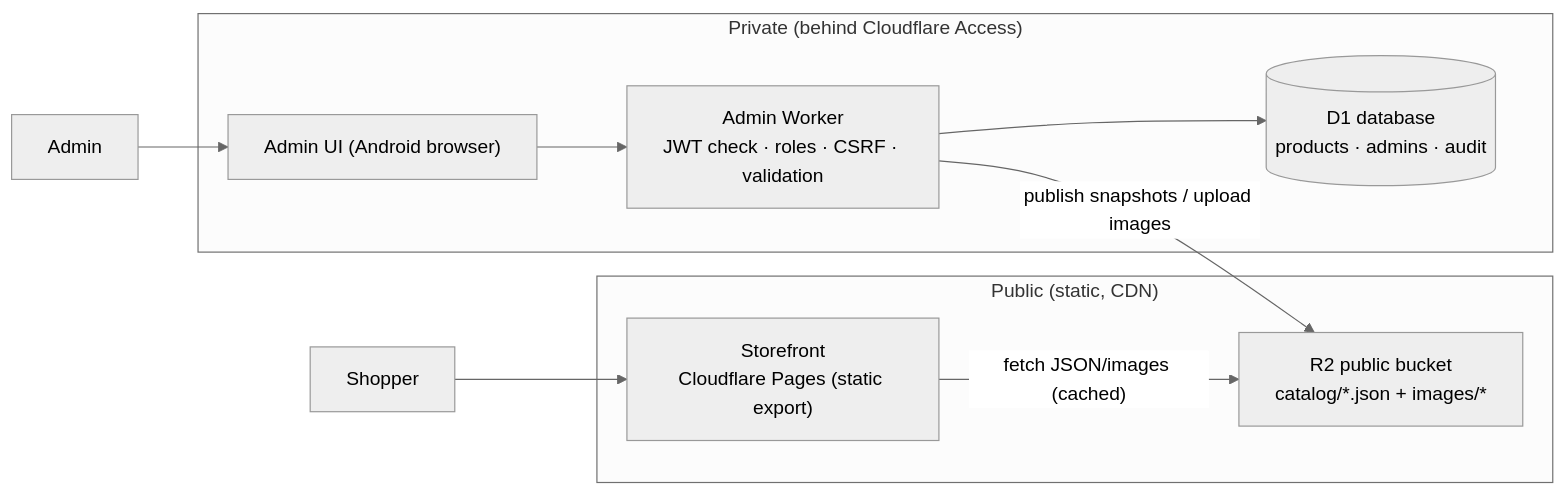
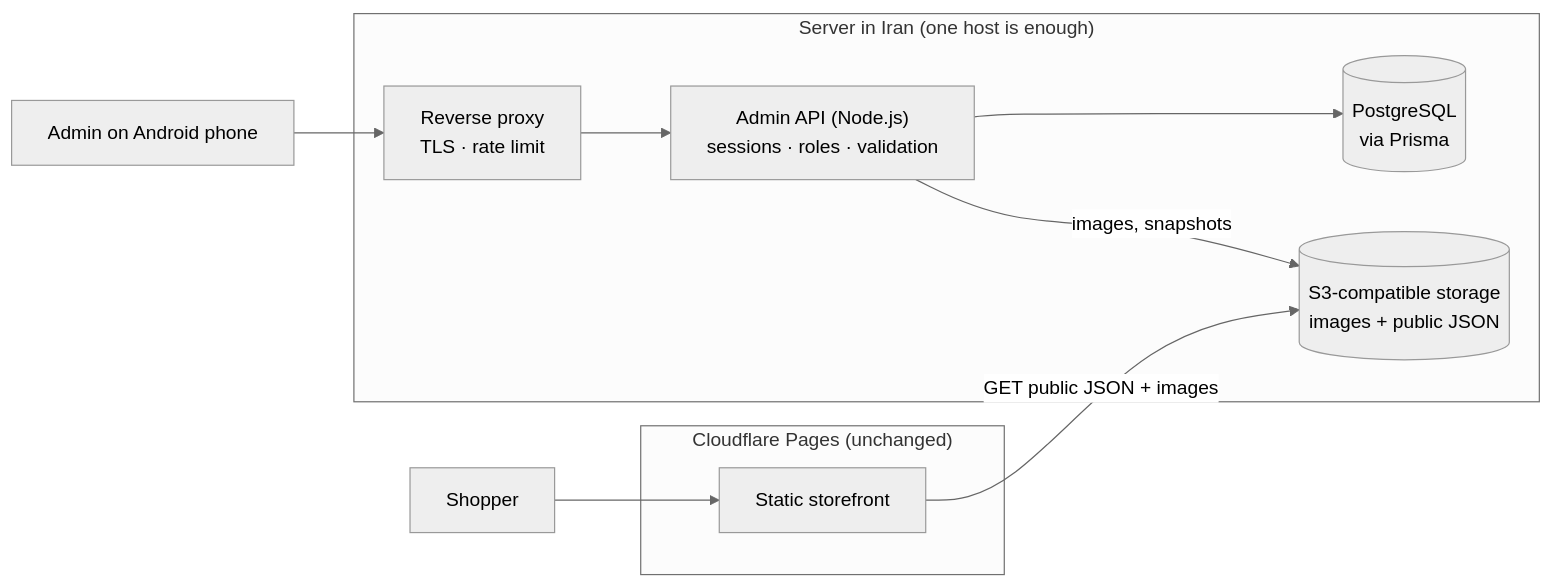
One commit to mehdihassanpourd-droid/jaryan-ma changed the diagram in docs/admin/ARCHITECTURE.md. Above: the diagram before and after it, drawn with Mermaid (neutral theme). The commit also changed other lines of this file and 77 other files, not shown here.

````diff
--- a/docs/admin/ARCHITECTURE.md
+++ b/docs/admin/ARCHITECTURE.md
@@ -38,17 +20,17 @@
 ```mermaid
 flowchart LR
-  subgraph Public["Public (static, CDN)"]
-    SF["Storefront<br/>Cloudflare Pages (static export)"]
-    PUB["R2 public bucket<br/>catalog/*.json + images/*"]
+  subgraph CF["Cloudflare Pages (unchanged)"]
+    SF["Static storefront"]
   end
-  subgraph Private["Private (behind Cloudflare Access)"]
-    UI["Admin UI (Android browser)"]
-    W["Admin Worker<br/>JWT check · roles · CSRF · validation"]
-    D1[("D1 database<br/>products · admins · audit")]
+  subgraph IR["Server in Iran (one host is enough)"]
+    NGINX["Reverse proxy<br/>TLS · rate limit"]
+    API["Admin API (Node.js)<br/>sessions · roles · validation"]
+    PG[("PostgreSQL<br/>via Prisma")]
+    S3[("S3-compatible storage<br/>images + public JSON")]
   end
+  Admin["Admin on Android phone"] --> NGINX --> API
+  API --> PG
+  API -- "images, snapshots" --> S3
   Shopper --> SF
-  SF -- "fetch JSON/images (cached)" --> PUB
-  Admin --> UI --> W
-  W --> D1
-  W -- "publish snapshots / upload images" --> PUB
+  SF -- "GET public JSON + images" --> S3
 ```
````
